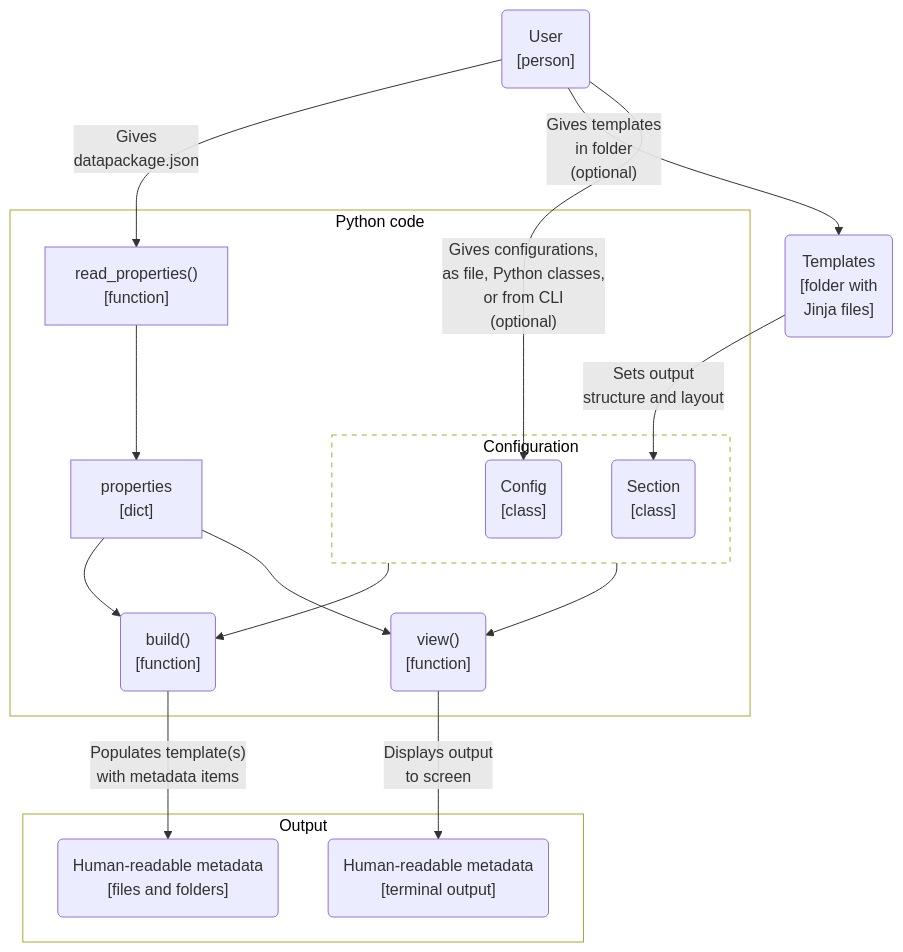
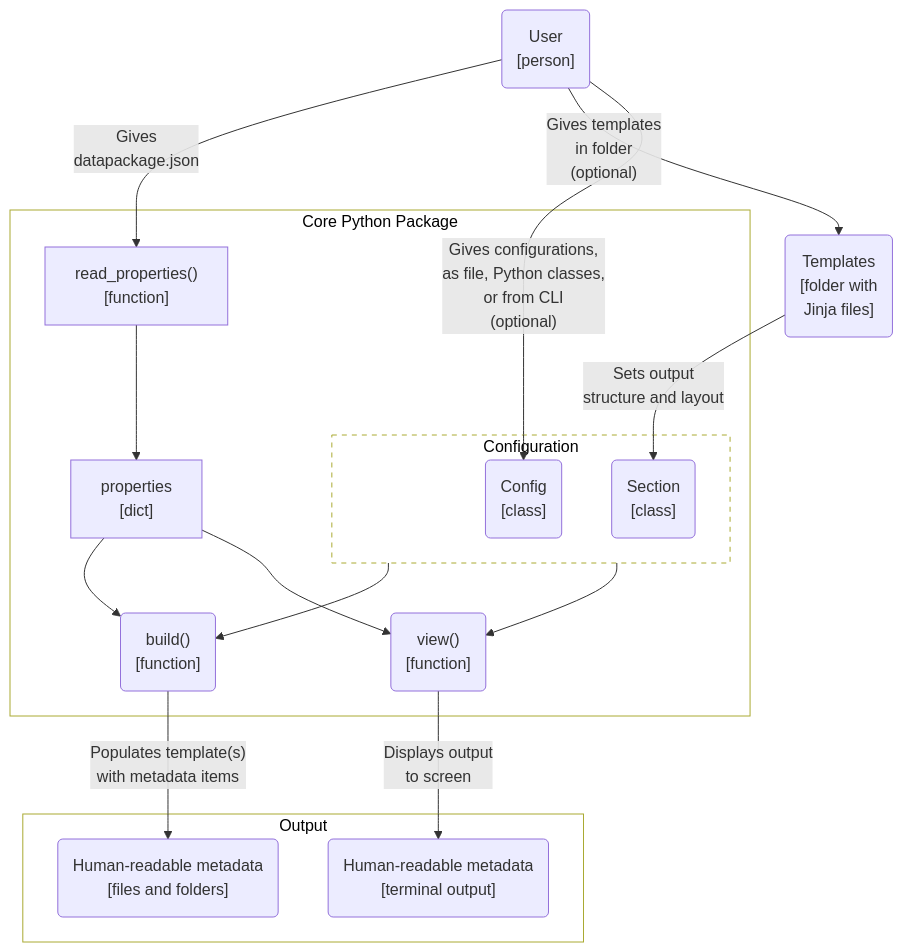
One commit to seedcase-project/seedcase-flower changed the third of 3 diagrams in docs/design/architecture.qmd. Above: the diagram before and after it, drawn with Mermaid.

Commit message:
docs: :fire: remove "TB" direction since it's not needed

````diff
--- a/docs/design/architecture.qmd
+++ b/docs/design/architecture.qmd
@@ -217,39 +217,41 @@
 ```{mermaid}
 %%| label: fig-c4-component
 %%| fig-cap: "C4 component diagram showing the main functions and classes within the Python package and their connections."
-flowchart TB
-    subgraph package["Python code"]
+flowchart
+
+    subgraph package["Core Python Package"]
+
         subgraph cfg["Configuration"]
             config("Config<br>[class]")
             section("Section<br>[class]")
         end
 
         read_properties["read_properties()<br>[function]"]
         properties["properties<br>[dict]"]
         build("build()<br>[function]")
         view("view()<br>[function]")
 
         read_properties --> properties
         properties --> build & view
         cfg --> build & view
     end
 
     user("User<br>[person]")
     templates("Templates<br>[folder with<br>Jinja files]")
     subgraph output["Output"]
         output_files("Human-readable metadata<br>[files and folders]")
         output_screen("Human-readable metadata<br>[terminal output]")
     end
 
     user --"Gives<br>datapackage.json"--> read_properties
     user --"Gives templates<br>in folder<br>(optional)"--> templates
     user --"Gives configurations,<br>as file, Python classes,<br>or from CLI<br>(optional)"--> config
     templates --"Sets output<br>structure and layout"--> section
     build --"Populates template(s)<br>with metadata items"--> output_files
     view --"Displays output<br>to screen"--> output_screen
 
     %% Styling
     style package fill:#FFFFFF, color:#000000
     style output fill:#FFFFFF, color:#000000
     style cfg fill:#FFFFFF, color:#000000, stroke-dasharray: 5 5
 ```
````
